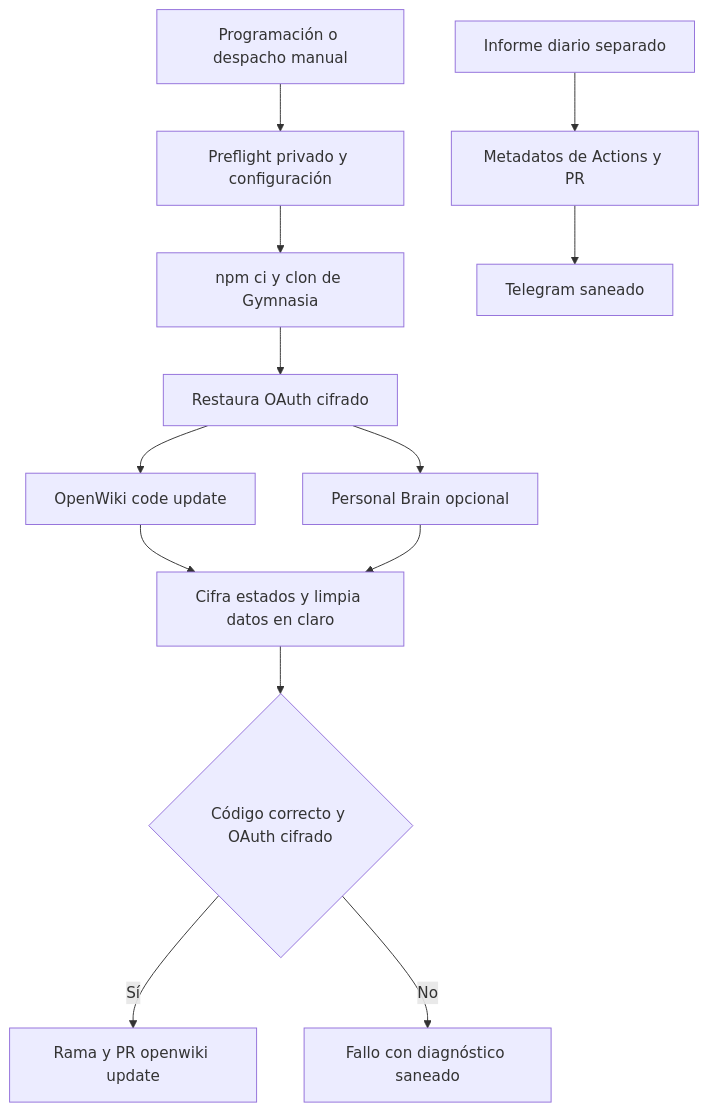
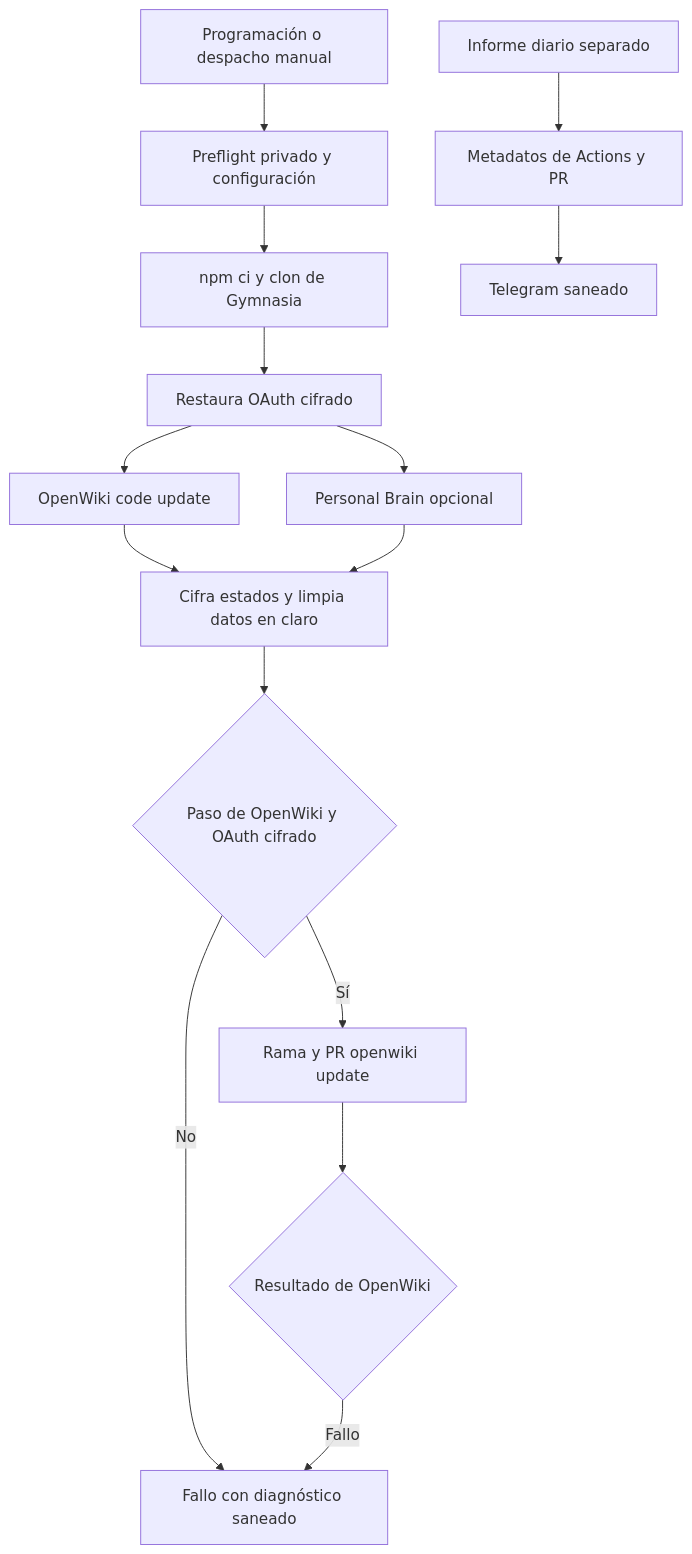
The diagram in openwiki/operations/openwiki-automation.md (maximofn/gymnasia), drawn with Mermaid before and after one commit. The commit also changed other lines of this file and 50 other files, not shown here.

Commit message:
docs: regenerate OpenWiki for encrypted backups

````diff
--- a/openwiki/operations/openwiki-automation.md
+++ b/openwiki/operations/openwiki-automation.md
@@ -59,15 +59,17 @@
 ```mermaid
 flowchart TD
     Trigger["Programación o despacho manual"] --> Guard["Preflight privado y configuración"]
     Guard --> Install["npm ci y clon de Gymnasia"]
     Install --> OAuthRestore["Restaura OAuth cifrado"]
     OAuthRestore --> Code["OpenWiki code update"]
     OAuthRestore --> Personal["Personal Brain opcional"]
     Code --> Encrypt["Cifra estados y limpia datos en claro"]
     Personal --> Encrypt
-    Encrypt --> Publish{"Código correcto y OAuth cifrado"}
+    Encrypt --> Publish{"Paso de OpenWiki y OAuth cifrado"}
     Publish -->|"Sí"| PR["Rama y PR openwiki update"]
     Publish -->|"No"| Failure["Fallo con diagnóstico saneado"]
+    PR --> Result{"Resultado de OpenWiki"}
+    Result -->|"Fallo"| Failure
     Report["Informe diario separado"] --> Metadata["Metadatos de Actions y PR"]
     Metadata --> Telegram["Telegram saneado"]
 ```
````
